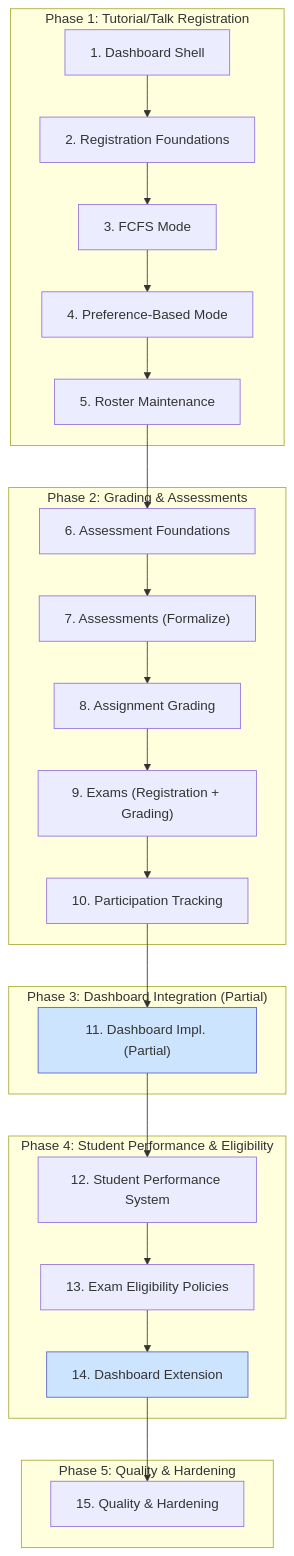
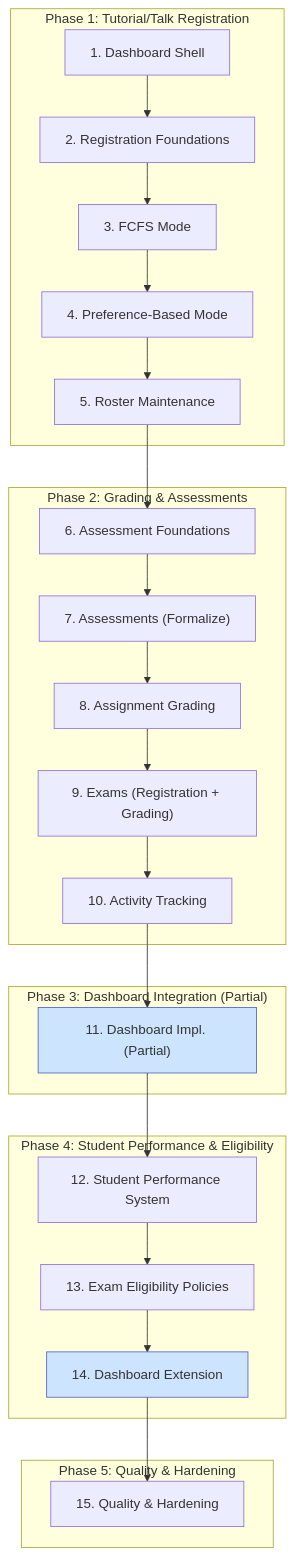
The diagram in architecture/src/features/plan.md (MaMpf-HD/mampf), drawn with Mermaid before and after one commit. The commit also changed other lines of this file and 4 other files, not shown here.

First line of the commit message:
Rename 'Participation Tracking' to 'Activity Tracking'

````diff
--- a/architecture/src/features/plan.md
+++ b/architecture/src/features/plan.md
@@ -18,34 +18,34 @@
 ```mermaid
 graph TD
     subgraph "Phase 1: Tutorial/Talk Registration"
         S1["1. Dashboard Shell"] --> S2["2. Registration Foundations"];
         S2 --> S3["3. FCFS Mode"];
         S3 --> S4["4. Preference-Based Mode"];
         S4 --> S5["5. Roster Maintenance"];
     end
 
     subgraph "Phase 2: Grading & Assessments"
         S5 --> S6["6. Assessment Foundations"];
         S6 --> S7["7. Assessments (Formalize)"];
         S7 --> S8["8. Assignment Grading"];
         S8 --> S9["9. Exams (Registration + Grading)"];
-        S9 --> S10["10. Participation Tracking"];
+        S9 --> S10["10. Activity Tracking"];
     end
 
     subgraph "Phase 3: Dashboard Integration (Partial)"
         S10 --> S11["11. Dashboard Impl. (Partial)"];
     end
 
     subgraph "Phase 4: Student Performance & Eligibility"
         S11 --> S12["12. Student Performance System"];
         S12 --> S13["13. Exam Eligibility Policies"];
         S13 --> S14["14. Dashboard Extension"];
     end
 
     subgraph "Phase 5: Quality & Hardening"
         S14 --> S15["15. Quality & Hardening"];
     end
 
     style S11 fill:#cde4ff,stroke:#5461c8
     style S14 fill:#cde4ff,stroke:#5461c8
 ```
````
